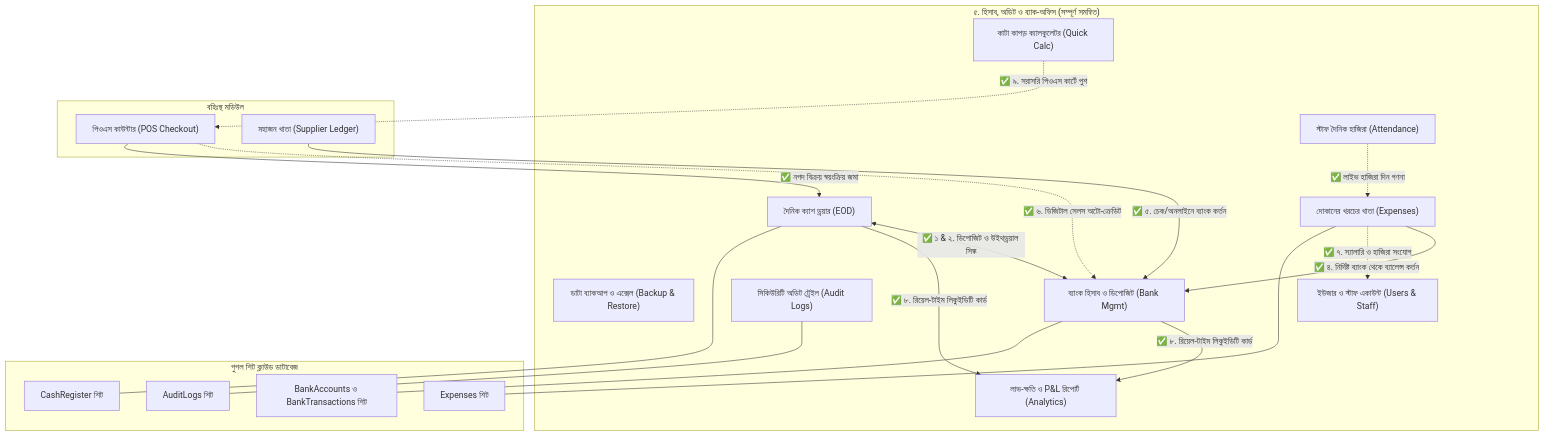
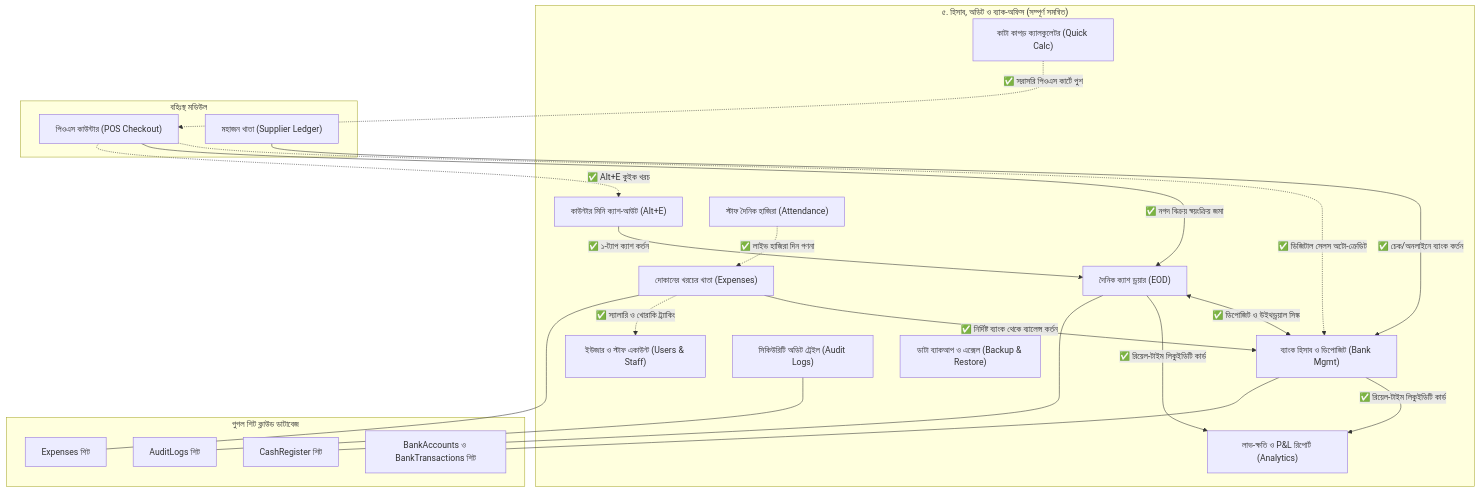
Before and after one commit to rezwanu/google-sheet-inventory: the diagram in FINANCE_AND_AUDIT_MODULES_AUDIT_BN.md, drawn with Mermaid. The commit also changed other lines of this file and 6 other files, not shown here.

Commit message:
feat: complete expenses modal simplification and pos quick cashout v3.0

````diff
--- a/FINANCE_AND_AUDIT_MODULES_AUDIT_BN.md
+++ b/FINANCE_AND_AUDIT_MODULES_AUDIT_BN.md
@@ -78,44 +76,47 @@
 ```mermaid
 flowchart TD
     subgraph Finance_Ecosystem ["৫. হিসাব, অডিট ও ব্যাক-অফিস (সম্পূর্ণ সমন্বিত)"]
         CashDrawer["দৈনিক ক্যাশ ড্রয়ার (EOD)"]
         BankMgmt["ব্যাংক হিসাব ও ডিপোজিট (Bank Mgmt)"]
         Expenses["দোকানের খরচের খাতা (Expenses)"]
+        QuickExpense["কাউন্টার মিনি ক্যাশ-আউট (Alt+E)"]
         Users["ইউজার ও স্টাফ একাউন্ট (Users & Staff)"]
         Attendance["স্টাফ দৈনিক হাজিরা (Attendance)"]
         PnL["লাভ-ক্ষতি ও P&L রিপোর্ট (Analytics)"]
         Audit["সিকিউরিটি অডিট ট্রেইল (Audit Logs)"]
         Calculator["কাটা কাপড় ক্যালকুলেটর (Quick Calc)"]
         Backup["ডাটা ব্যাকআপ ও এক্সেল (Backup & Restore)"]
     end
 
     subgraph External_Modules ["বহিঃস্থ মডিউল"]
         POS["পিওএস কাউন্টার (POS Checkout)"]
         Suppliers["মহাজন খাতা (Supplier Ledger)"]
     end
 
     subgraph Cloud_Backend ["গুগল শিট ক্লাউড ডাটাবেজ"]
         GSheet_Cash["CashRegister শিট"]
         GSheet_Bank["BankAccounts ও BankTransactions শিট"]
         GSheet_Expenses["Expenses শিট"]
         GSheet_Audit["AuditLogs শিট"]
     end
 
     %% Verified Active Connections
-    CashDrawer <-->|"✅ ১ & ২. ডিপোজিট ও উইথড্রয়াল সিঙ্ক"| BankMgmt
-    Expenses -->|"✅ ৪. নির্দিষ্ট ব্যাংক থেকে ব্যালেন্স কর্তন"| BankMgmt
-    Expenses -.->|"✅ ৭. স্যালারি ও হাজিরা সংযোগ"| Users
+    CashDrawer <-->|"✅ ডিপোজিট ও উইথড্রয়াল সিঙ্ক"| BankMgmt
+    Expenses -->|"✅ নির্দিষ্ট ব্যাংক থেকে ব্যালেন্স কর্তন"| BankMgmt
+    QuickExpense -->|"✅ ১-ট্যাপ ক্যাশ কর্তন"| CashDrawer
+    Expenses -.->|"✅ স্যালারি ও খোরাকি ট্র্যাকিং"| Users
     Attendance -.->|"✅ লাইভ হাজিরা দিন গণনা"| Expenses
-    Suppliers -->|"✅ ৫. চেক/অনলাইনে ব্যাংক কর্তন"| BankMgmt
-    POS -.->|"✅ ৬. ডিজিটাল সেলস অটো-ক্রেডিট"| BankMgmt
+    Suppliers -->|"✅ চেক/অনলাইনে ব্যাংক কর্তন"| BankMgmt
+    POS -.->|"✅ ডিজিটাল সেলস অটো-ক্রেডিট"| BankMgmt
     POS -->|"✅ নগদ বিক্রয় স্বয়ংক্রিয় জমা"| CashDrawer
-    Calculator -.->|"✅ ৯. সরাসরি পিওএস কার্টে পুশ"| POS
-    CashDrawer & BankMgmt -->|"✅ ৮. রিয়েল-টাইম লিকুইডিটি কার্ড"| PnL
+    POS -.->|"✅ Alt+E কুইক খরচ"| QuickExpense
+    Calculator -.->|"✅ সরাসরি পিওএস কার্টে পুশ"| POS
+    CashDrawer & BankMgmt -->|"✅ রিয়েল-টাইম লিকুইডিটি কার্ড"| PnL
 
     %% Cloud Persistence
     CashDrawer --- GSheet_Cash
     BankMgmt --- GSheet_Bank
     Expenses --- GSheet_Expenses
     Audit --- GSheet_Audit
     Finance_Ecosystem --- Backup
 ```
````
